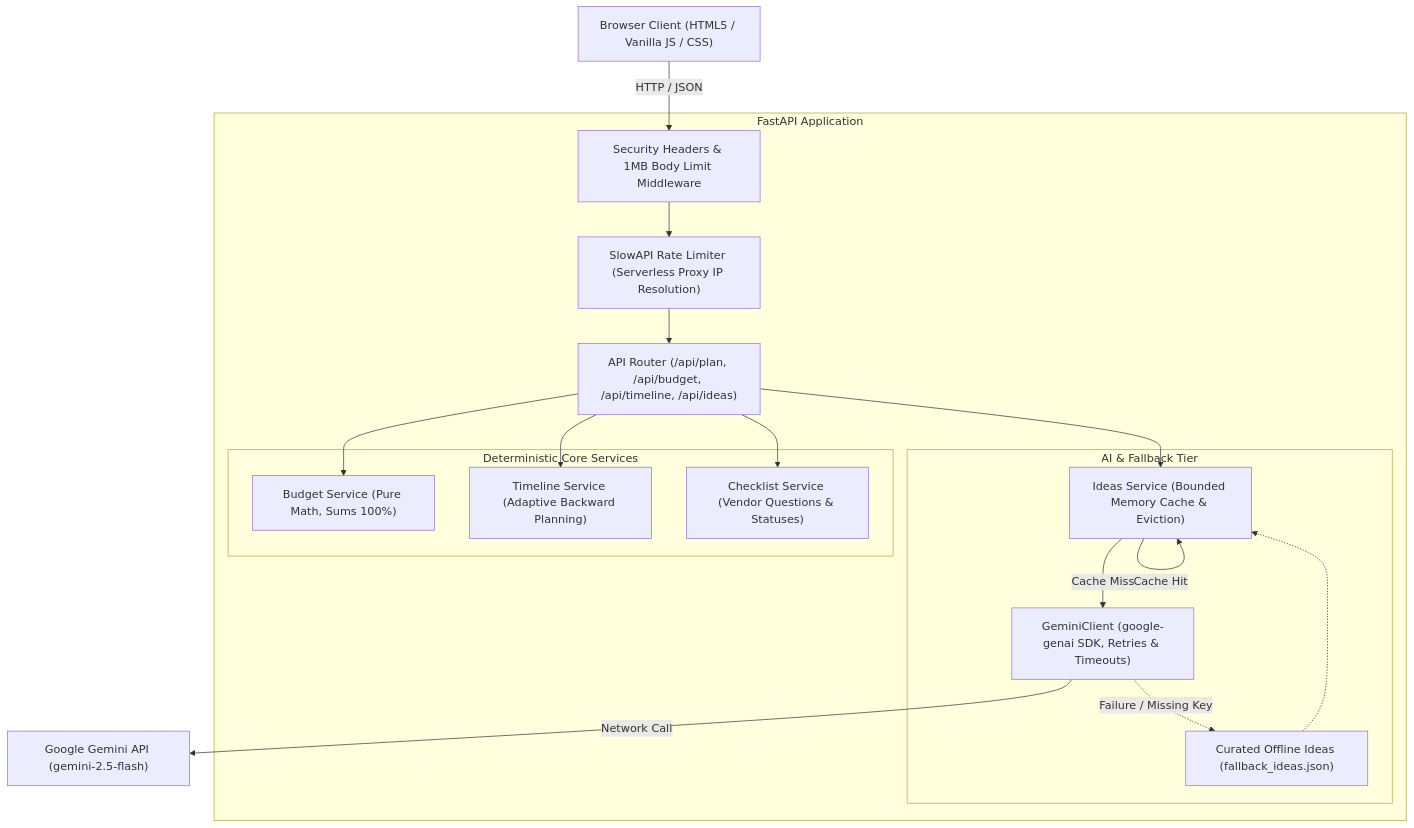
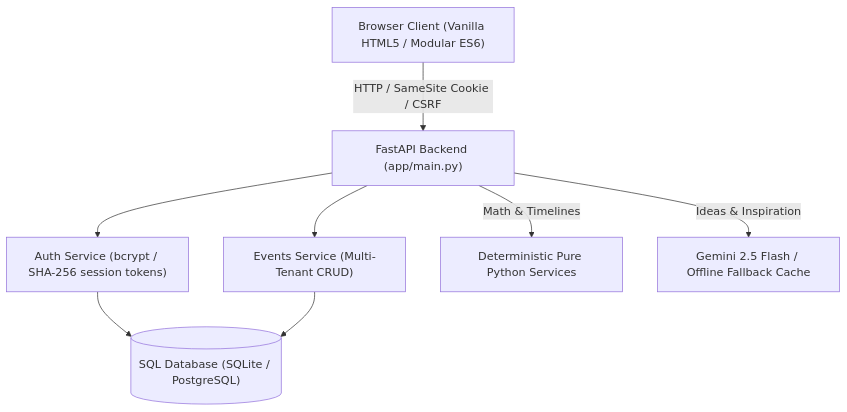
The diagram in README.md (Suhani-Tyagi/EventEase), drawn with Mermaid before and after one commit. The commit also changed other lines of this file and 26 other files, not shown here.

First line of the commit message:
feat: add persistent user accounts, saved events workspace, and interactive planning companions

````diff
--- a/README.md
+++ b/README.md
@@ -104,38 +107,18 @@
 ```mermaid
-graph TD
-    Client["Browser Client (HTML5 / Vanilla JS / CSS)"]
+flowchart TD
+    Client["Browser Client (Vanilla HTML5 / Modular ES6)"]
+    API["FastAPI Backend (app/main.py)"]
+    Auth["Auth Service (bcrypt / SHA-256 session tokens)"]
+    Events["Events Service (Multi-Tenant CRUD)"]
+    DB[("SQL Database (SQLite / PostgreSQL)")]
+    Algorithmic["Deterministic Pure Python Services"]
+    LLM["Gemini 2.5 Flash / Offline Fallback Cache"]
 
-    subgraph "FastAPI Application"
-        Router["API Router (/api/plan, /api/budget, /api/timeline, /api/ideas)"]
-        SecMid["Security Headers & 1MB Body Limit Middleware"]
-        RateMid["SlowAPI Rate Limiter (Serverless Proxy IP Resolution)"]
-        
-        subgraph "Deterministic Core Services"
-            BudgetSvc["Budget Service (Pure Math, Sums 100%)"]
-            TimelineSvc["Timeline Service (Adaptive Backward Planning)"]
-            ChecklistSvc["Checklist Service (Vendor Questions & Statuses)"]
-        end
-        
-        subgraph "AI & Fallback Tier"
-            IdeasSvc["Ideas Service (Bounded Memory Cache & Eviction)"]
-            LLMClient["GeminiClient (google-genai SDK, Retries & Timeouts)"]
-            FallbackData["Curated Offline Ideas (fallback_ideas.json)"]
-        end
-    end
-    
-    CloudAPI["Google Gemini API (gemini-2.5-flash)"]
-
-    Client -->|HTTP / JSON| SecMid
-    SecMid --> RateMid
-    RateMid --> Router
-    Router --> BudgetSvc
-    Router --> TimelineSvc
-    Router --> ChecklistSvc
-    Router --> IdeasSvc
-    
-    IdeasSvc -->|Cache Hit| IdeasSvc
-    IdeasSvc -->|Cache Miss| LLMClient
-    LLMClient -->|Network Call| CloudAPI
-    LLMClient -.->|Failure / Missing Key| FallbackData
-    FallbackData -.-> IdeasSvc
+    Client -->|"HTTP / SameSite Cookie / CSRF"| API
+    API --> Auth
+    API --> Events
+    Auth --> DB
+    Events --> DB
+    API -->|"Math & Timelines"| Algorithmic
+    API -->|"Ideas & Inspiration"| LLM
 ```
````
